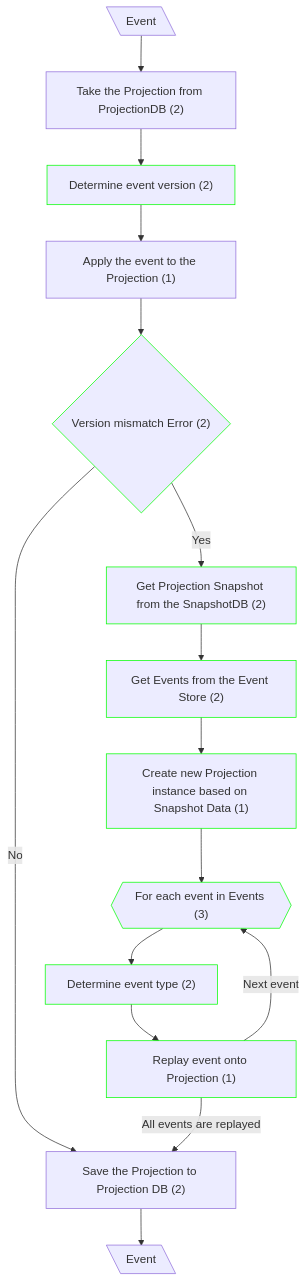
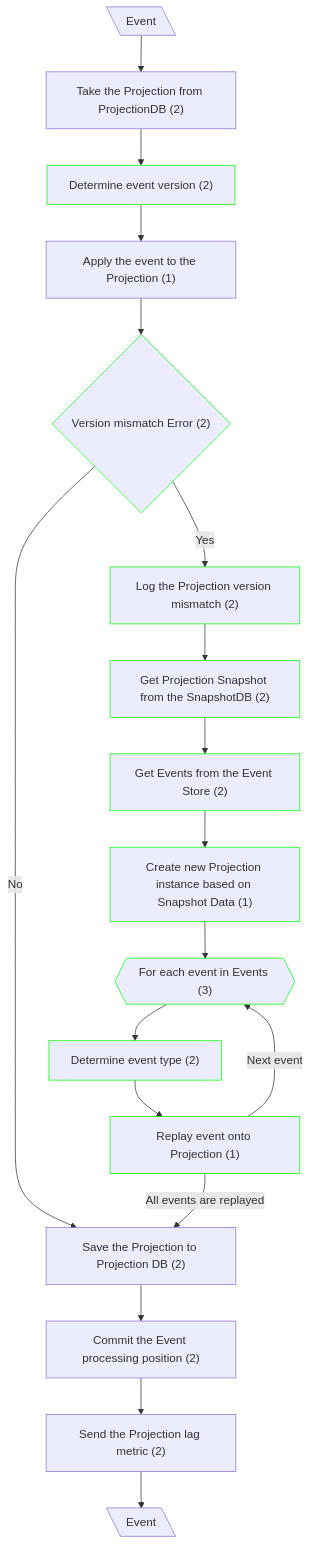
The second of 2 diagrams in docs/CF Complexity/Canonical CQRS -> Classical CQRS/eventual consistency.md (dmitryhruzin/CQRS-variations-test), drawn with Mermaid before and after one commit. The commit also changed other lines of this file and 21 other files, not shown here.

````diff
--- a/docs/CF Complexity/Canonical CQRS -> Classical CQRS/eventual consistency.md
+++ b/docs/CF Complexity/Canonical CQRS -> Classical CQRS/eventual consistency.md
@@ -17,19 +19,22 @@
 ```mermaid
 flowchart TD
   classDef mod stroke:#0f0
   A@{ shape: lean-l, label: "Event" }
   A --> B["Take the Projection from ProjectionDB (2)"]
   B --> C["Determine event version (2)"]:::mod
   C --> D["Apply the event to the Projection (1)"]
   D --> E{"Version mismatch Error (2)"}:::mod
   E --"No"--> F["Save the Projection to Projection DB (2)"]
-  E --Yes--> H["Get Projection Snapshot from the SnapshotDB (2)"]:::mod
+  E --Yes--> LG["Log the Projection version mismatch (2)"]:::mod
+  LG --> H["Get Projection Snapshot from the SnapshotDB (2)"]:::mod
   H --> I["Get Events from the Event Store (2)"]:::mod
   I --> J["Create new Projection instance based on Snapshot Data (1)"]:::mod
   J --> K1{{"For each event in Events (3)"}}:::mod
   K1 --> K2["Determine event type (2)"]:::mod
   K2 --> K3["Replay event onto Projection (1)"]:::mod
   K3 --"Next event"--> K1
-  K3 --"All events are replayed" --> F
-  F --> M@{ shape: lean-l, label: "Event" }
+  K3 --"All events are replayed"--> F
+  F --> CP["Commit the Event processing position (2)"]
+  CP --> MT["Send the Projection lag metric (2)"]
+  MT --> M@{ shape: lean-l, label: "Event" }
 ```
````
